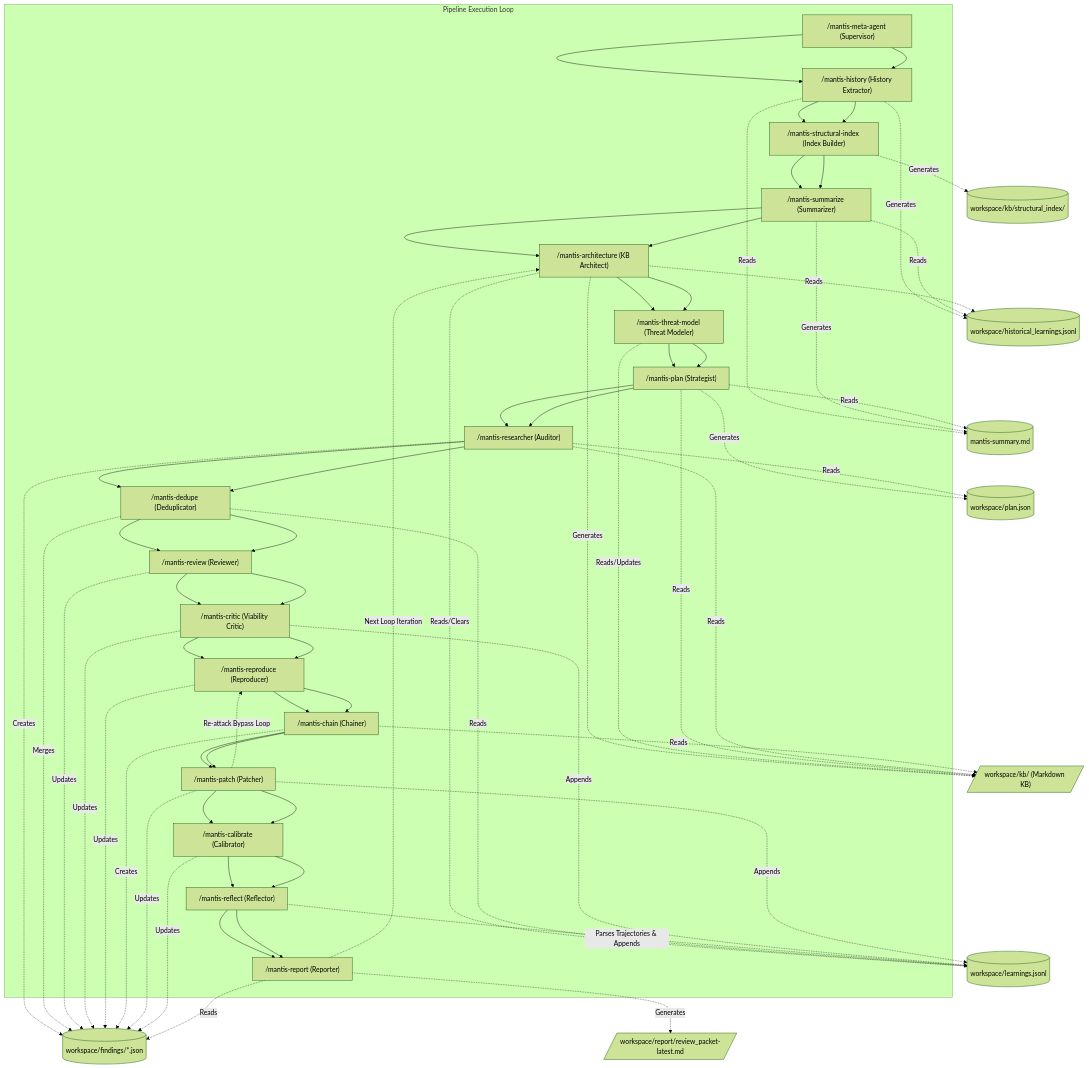
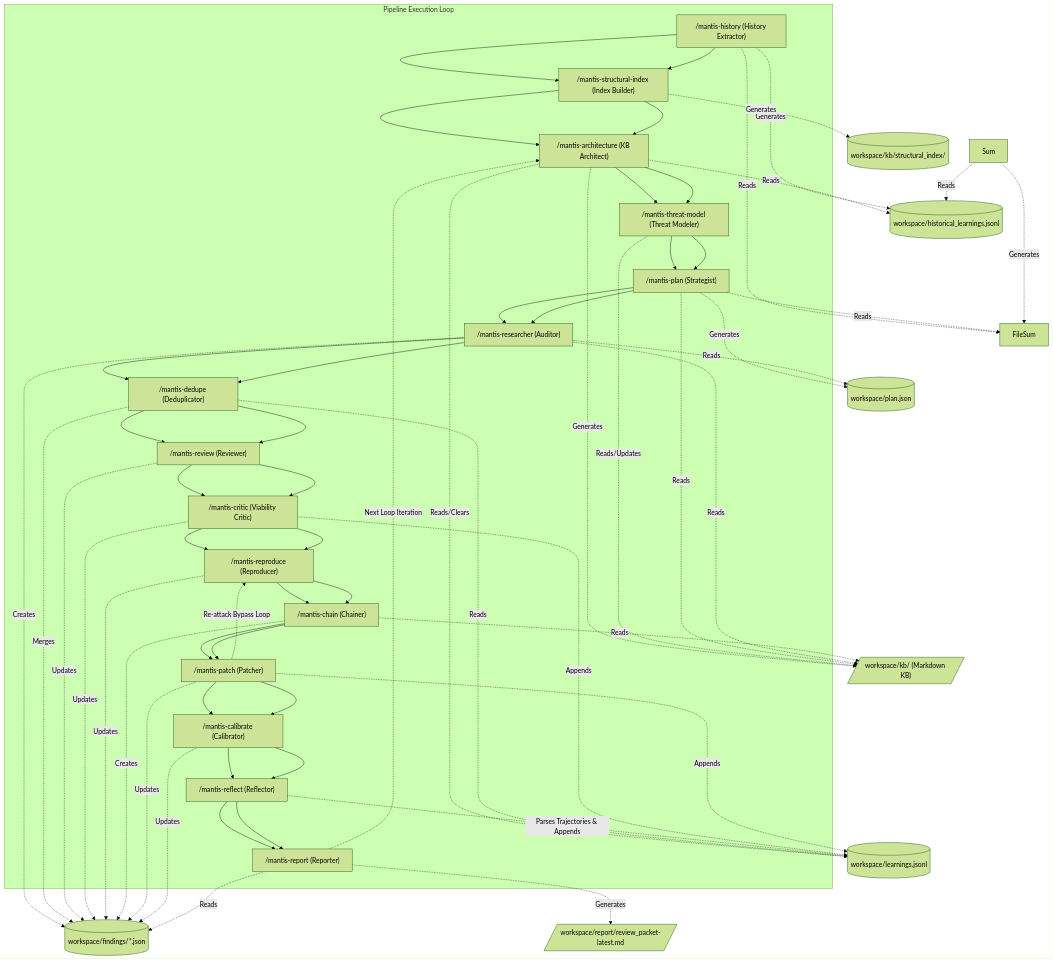
Before and after one commit to google/mantis: the diagram in README_AGENTS.md, drawn with Mermaid (forest theme). The commit also changed other lines of this file and 50 other files, not shown here.

````diff
--- a/README_AGENTS.md
+++ b/README_AGENTS.md
@@ -116,82 +116,77 @@
 ```mermaid
 graph TD
     subgraph CoreStages [Pipeline Execution Loop]
-        Meta["/mantis-meta-agent (Supervisor)"] --> Hist["/mantis-history (History Extractor)"]
-        Hist --> SI["/mantis-structural-index (Index Builder)"]
-        SI --> Sum["/mantis-summarize (Summarizer)"]
-        Sum --> Arch["/mantis-architecture (KB Architect)"]
+        Hist["/mantis-history (History Extractor)"] --> SI["/mantis-structural-index (Index Builder)"]
+        SI --> Arch["/mantis-architecture (KB Architect)"]
         Arch --> TM["/mantis-threat-model (Threat Modeler)"]
         TM --> Plan["/mantis-plan (Strategist)"]
         Plan --> Res["/mantis-researcher (Auditor)"]
         Res --> Ded["/mantis-dedupe (Deduplicator)"]
         Ded --> Rev["/mantis-review (Reviewer)"]
         Rev --> Cri["/mantis-critic (Viability Critic)"]
         Cri --> Rep["/mantis-reproduce (Reproducer)"]
         Rep --> Cha["/mantis-chain (Chainer)"]
         Cha --> Pat["/mantis-patch (Patcher)"]
         Pat --> Cal["/mantis-calibrate (Calibrator)"]
         Cal --> Ref["/mantis-reflect (Reflector)"]
         Ref --> Rpt["/mantis-report (Reporter)"]
         Rpt -.->|Next Loop Iteration| Arch
     end
 
     FileHist[("workspace/historical_learnings.jsonl")]
     FileSI[("workspace/kb/structural_index/")]
-    FileSum[("mantis-summary.md")]
     FileKB[/"workspace/kb/ (Markdown KB)"/]
     FilePlan[("workspace/plan.json")]
     FileFind[("workspace/findings/*.json")]
     FileLearn[("workspace/learnings.jsonl")]
     FileRpt[/"workspace/report/review_packet-latest.md"/]
 
-    Meta --> Hist
     Hist --> SI
-    SI --> Sum
-    Sum --> Arch
+    SI --> Arch
     Arch --> TM
     TM --> Plan
     Plan --> Res
     Res --> Ded
     Ded --> Rev
     Rev --> Cri
     Cri --> Rep
     Rep --> Cha
     Cha --> Pat
     Pat -.->|Re-attack Bypass Loop| Rep
     Pat --> Cal
     Cal --> Ref
     Ref --> Rpt
 
     Hist -.->|Generates| FileHist
     SI -.->|Generates| FileSI
     Hist -.->|Reads| FileSum
     Sum -.->|Reads| FileHist
     Sum -.->|Generates| FileSum
     Arch -.->|Reads| FileHist
     Arch -.->|Generates| FileKB
     Arch -.->|Reads/Clears| FileLearn
     TM -.->|Reads/Updates| FileKB
     Plan -.->|Reads| FileKB
     Plan -.->|Reads| FileSum
     Plan -.->|Generates| FilePlan
 
     Res -.->|Reads| FilePlan
     Res -.->|Reads| FileKB
     Res -.->|Creates| FileFind
     Ded -.->|Reads| FileLearn
     Ded -.->|Merges| FileFind
     Rev -.->|Updates| FileFind
     Cri -.->|Updates| FileFind
     Rep -.->|Updates| FileFind
     Cha -.->|Reads| FileKB
     Cha -.->|Creates| FileFind
     Pat -.->|Updates| FileFind
     Cal -.->|Updates| FileFind
 
     Ref -.->|Parses Trajectories & Appends| FileLearn
     Cri -.->|Appends| FileLearn
     Pat -.->|Appends| FileLearn
 
     Rpt -.->|Reads| FileFind
     Rpt -.->|Generates| FileRpt
 ```
````
